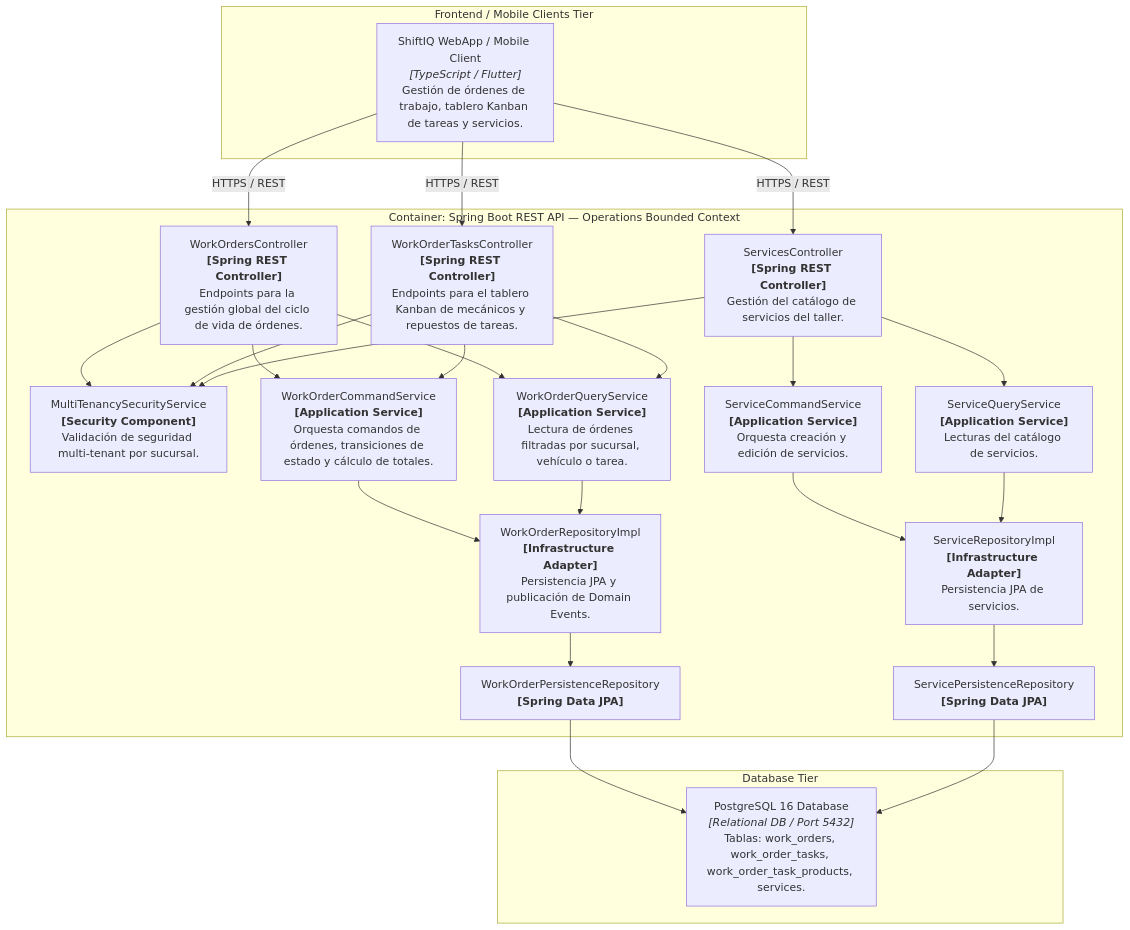
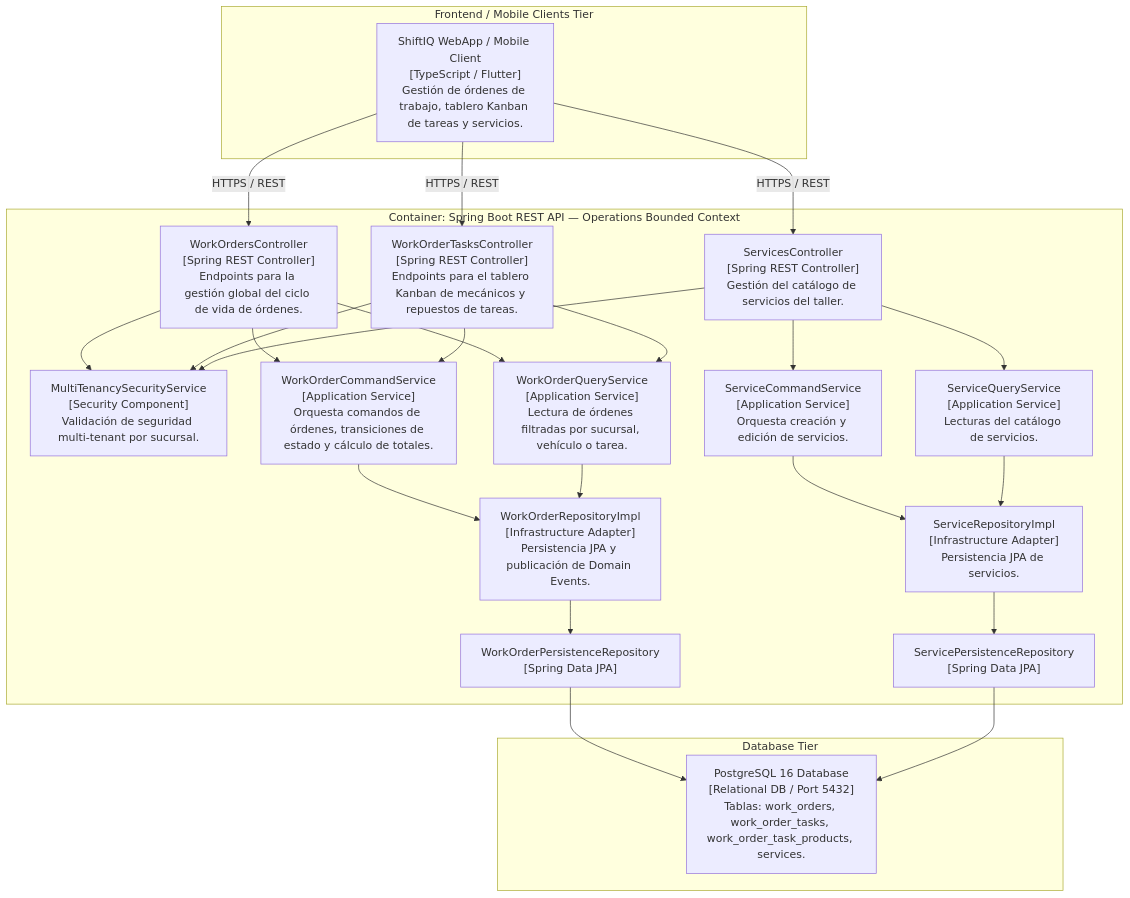
One commit to tux-logic/upc-pre-202620-1acc0238-13981-TuxLogic-report changed the fifth of 7 diagrams in docs/operations-bounded-context-dictionary.md. Above: the diagram before and after it, drawn with Mermaid. The commit also changed 57 other files, not shown here.

Commit message:
fix(diagrams): fix HTML labels, format bold C4 titles and add gitignore.

````diff
--- a/docs/operations-bounded-context-dictionary.md
+++ b/docs/operations-bounded-context-dictionary.md
@@ -552,55 +552,55 @@
 ```mermaid
 graph TB
     subgraph Client_Tier ["Frontend / Mobile Clients Tier"]
-        ClientApp["ShiftIQ WebApp / Mobile Client<br><i>[TypeScript / Flutter]</i><br>Gestión de órdenes de trabajo, tablero Kanban de tareas y servicios."]
+        ClientApp["ShiftIQ WebApp / Mobile Client<br>[TypeScript / Flutter]<br>Gestión de órdenes de trabajo, tablero Kanban de tareas y servicios."]
     end
 
     subgraph External_DB ["Database Tier"]
-        PostgreSql["PostgreSQL 16 Database<br><i>[Relational DB / Port 5432]</i><br>Tablas: work_orders, work_order_tasks, work_order_task_products, services."]
+        PostgreSql["PostgreSQL 16 Database<br>[Relational DB / Port 5432]<br>Tablas: work_orders, work_order_tasks, work_order_task_products, services."]
     end
 
     subgraph Operations_Container ["Container: Spring Boot REST API — Operations Bounded Context"]
-        WorkOrdersCtrl["WorkOrdersController<br><b>[Spring REST Controller]</b><br>Endpoints para la gestión global del ciclo de vida de órdenes."]
-        TasksCtrl["WorkOrderTasksController<br><b>[Spring REST Controller]</b><br>Endpoints para el tablero Kanban de mecánicos y repuestos de tareas."]
-        ServicesCtrl["ServicesController<br><b>[Spring REST Controller]</b><br>Gestión del catálogo de servicios del taller."]
+        WorkOrdersCtrl["WorkOrdersController<br>[Spring REST Controller]<br>Endpoints para la gestión global del ciclo de vida de órdenes."]
+        TasksCtrl["WorkOrderTasksController<br>[Spring REST Controller]<br>Endpoints para el tablero Kanban de mecánicos y repuestos de tareas."]
+        ServicesCtrl["ServicesController<br>[Spring REST Controller]<br>Gestión del catálogo de servicios del taller."]
 
-        MultiTenancySecService["MultiTenancySecurityService<br><b>[Security Component]</b><br>Validación de seguridad multi-tenant por sucursal."]
+        MultiTenancySecService["MultiTenancySecurityService<br>[Security Component]<br>Validación de seguridad multi-tenant por sucursal."]
 
-        WOCmdService["WorkOrderCommandService<br><b>[Application Service]</b><br>Orquesta comandos de órdenes, transiciones de estado y cálculo de totales."]
-        WOQueryService["WorkOrderQueryService<br><b>[Application Service]</b><br>Lectura de órdenes filtradas por sucursal, vehículo o tarea."]
-        SvcCmdService["ServiceCommandService<br><b>[Application Service]</b><br>Orquesta creación y edición de servicios."]
-        SvcQueryService["ServiceQueryService<br><b>[Application Service]</b><br>Lecturas del catálogo de servicios."]
+        WOCmdService["WorkOrderCommandService<br>[Application Service]<br>Orquesta comandos de órdenes, transiciones de estado y cálculo de totales."]
+        WOQueryService["WorkOrderQueryService<br>[Application Service]<br>Lectura de órdenes filtradas por sucursal, vehículo o tarea."]
+        SvcCmdService["ServiceCommandService<br>[Application Service]<br>Orquesta creación y edición de servicios."]
+        SvcQueryService["ServiceQueryService<br>[Application Service]<br>Lecturas del catálogo de servicios."]
 
-        WORepoAdapter["WorkOrderRepositoryImpl<br><b>[Infrastructure Adapter]</b><br>Persistencia JPA y publicación de Domain Events."]
-        SvcRepoAdapter["ServiceRepositoryImpl<br><b>[Infrastructure Adapter]</b><br>Persistencia JPA de servicios."]
+        WORepoAdapter["WorkOrderRepositoryImpl<br>[Infrastructure Adapter]<br>Persistencia JPA y publicación de Domain Events."]
+        SvcRepoAdapter["ServiceRepositoryImpl<br>[Infrastructure Adapter]<br>Persistencia JPA de servicios."]
 
-        WOJpaRepo["WorkOrderPersistenceRepository<br><b>[Spring Data JPA]</b>"]
-        SvcJpaRepo["ServicePersistenceRepository<br><b>[Spring Data JPA]</b>"]
+        WOJpaRepo["WorkOrderPersistenceRepository<br>[Spring Data JPA]"]
+        SvcJpaRepo["ServicePersistenceRepository<br>[Spring Data JPA]"]
     end
 
     ClientApp -->|"HTTPS / REST"| WorkOrdersCtrl
     ClientApp -->|"HTTPS / REST"| TasksCtrl
     ClientApp -->|"HTTPS / REST"| ServicesCtrl
 
     WorkOrdersCtrl --> MultiTenancySecService
     TasksCtrl --> MultiTenancySecService
     ServicesCtrl --> MultiTenancySecService
 
     WorkOrdersCtrl --> WOCmdService
     WorkOrdersCtrl --> WOQueryService
     TasksCtrl --> WOCmdService
     TasksCtrl --> WOQueryService
     ServicesCtrl --> SvcCmdService
     ServicesCtrl --> SvcQueryService
 
     WOCmdService --> WORepoAdapter
     WOQueryService --> WORepoAdapter
     SvcCmdService --> SvcRepoAdapter
     SvcQueryService --> SvcRepoAdapter
 
     WORepoAdapter --> WOJpaRepo
     SvcRepoAdapter --> SvcJpaRepo
 
     WOJpaRepo --> PostgreSql
     SvcJpaRepo --> PostgreSql
 ```
````
